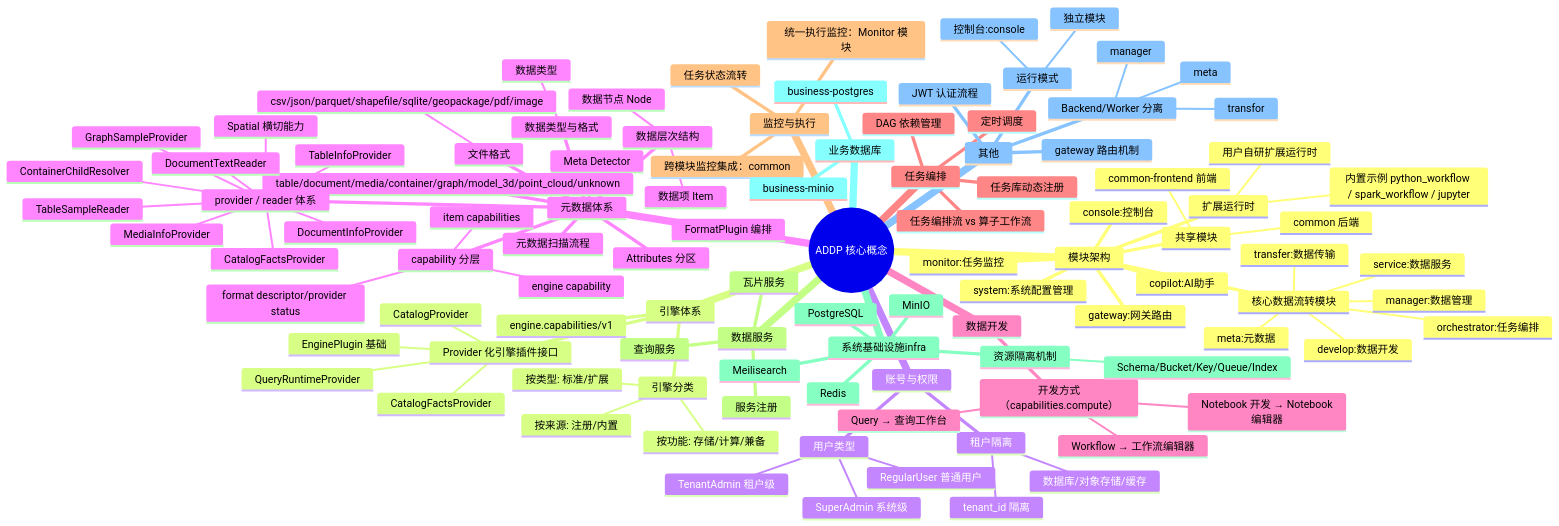
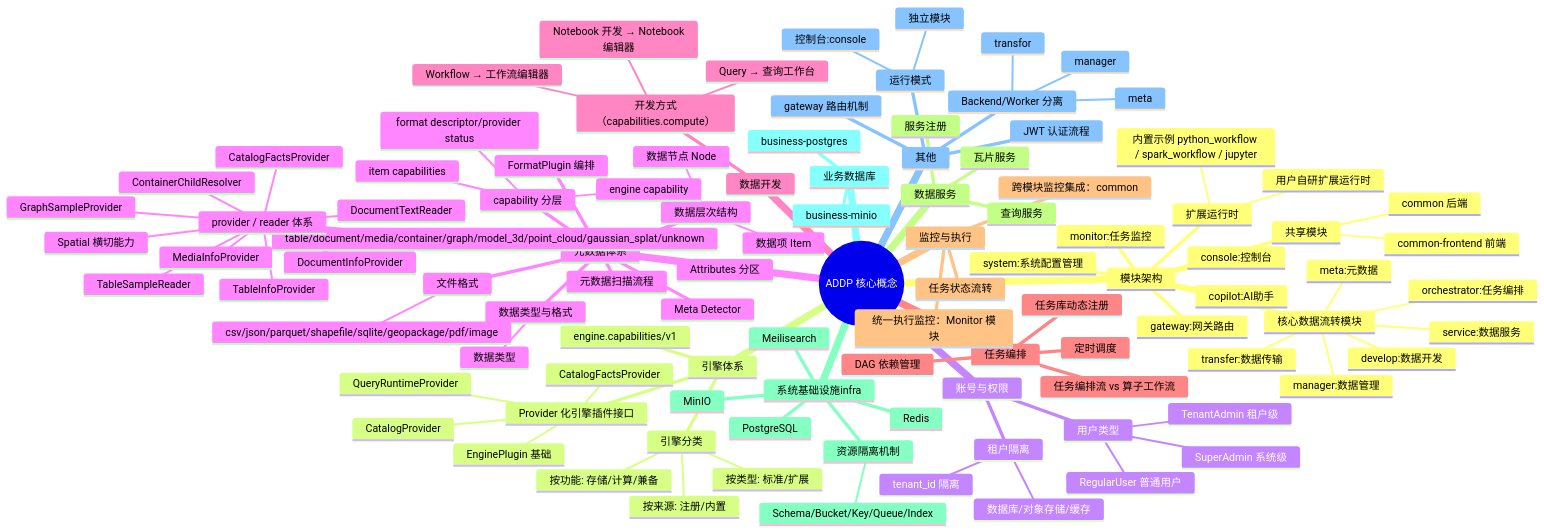
Before and after one commit to pampa0629/addp: the first of 2 diagrams in docs/concepts/addp核心概念关系图.md, drawn with Mermaid. The commit also changed 135 other files, not shown here.

```diff
--- a/docs/concepts/addp核心概念关系图.md
+++ b/docs/concepts/addp核心概念关系图.md
@@ -67,7 +67,7 @@
       元数据扫描流程
       数据类型与格式
         数据类型
-      table/document/media/container/graph/model_3d/point_cloud/unknown
+      table/document/media/container/graph/model_3d/point_cloud/gaussian_splat/unknown
       文件格式
         csv/json/parquet/shapefile/sqlite/geopackage/pdf/image
       capability 分层
```
